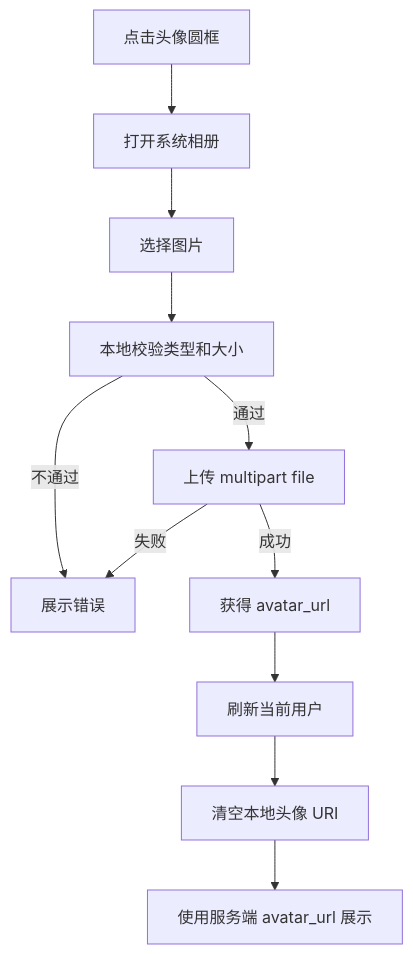
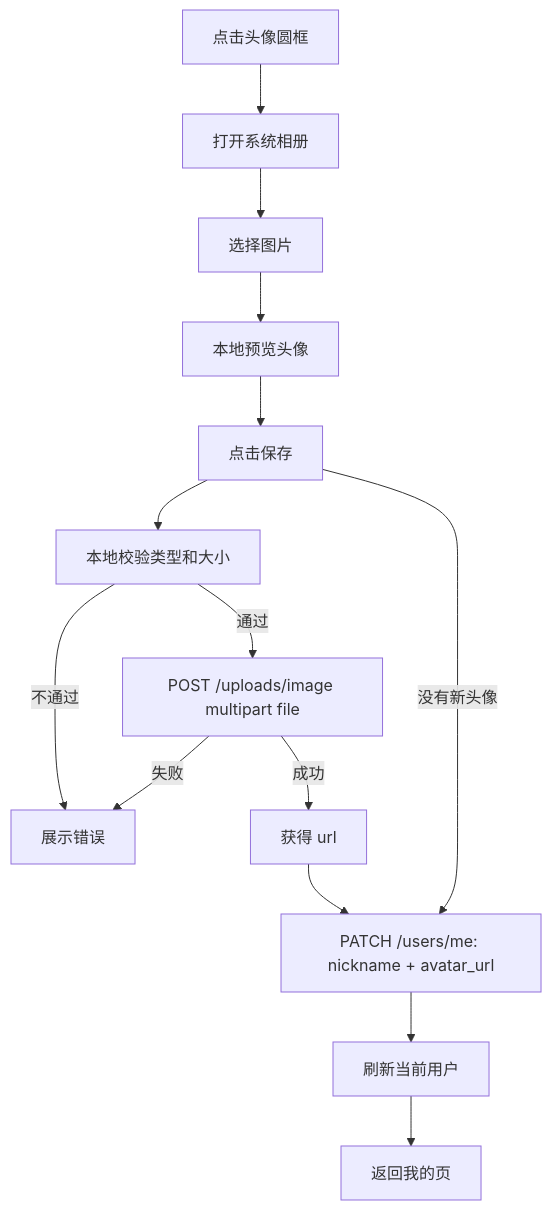
The eighth of 8 diagrams in docs/客户端逻辑设计.md (DancingCodes/room-app), drawn with Mermaid before and after one commit. The commit also changed other lines of this file and 10 other files, not shown here.

````diff
--- a/docs/客户端逻辑设计.md
+++ b/docs/客户端逻辑设计.md
@@ -143,13 +143,16 @@
 ```mermaid
 flowchart TD
     A[点击头像圆框] --> B[打开系统相册]
     B --> C[选择图片]
-    C --> E[本地校验类型和大小]
-    E -- 通过 --> F[上传 multipart file]
-    E -- 不通过 --> G[展示错误]
-    F -- 成功 --> H[获得 avatar_url]
-    F -- 失败 --> G
-    H --> K[刷新当前用户]
-    K --> L[清空本地头像 URI]
-    L --> M[使用服务端 avatar_url 展示]
+    C --> D[本地预览头像]
+    D --> E[点击保存]
+    E --> F[本地校验类型和大小]
+    F -- 通过 --> G[POST /uploads/image multipart file]
+    F -- 不通过 --> H[展示错误]
+    G -- 成功 --> I[获得 url]
+    G -- 失败 --> H
+    I --> J[PATCH /users/me: nickname + avatar_url]
+    E -- 没有新头像 --> J
+    J --> K[刷新当前用户]
+    K --> L[返回我的页]
 ```
````
